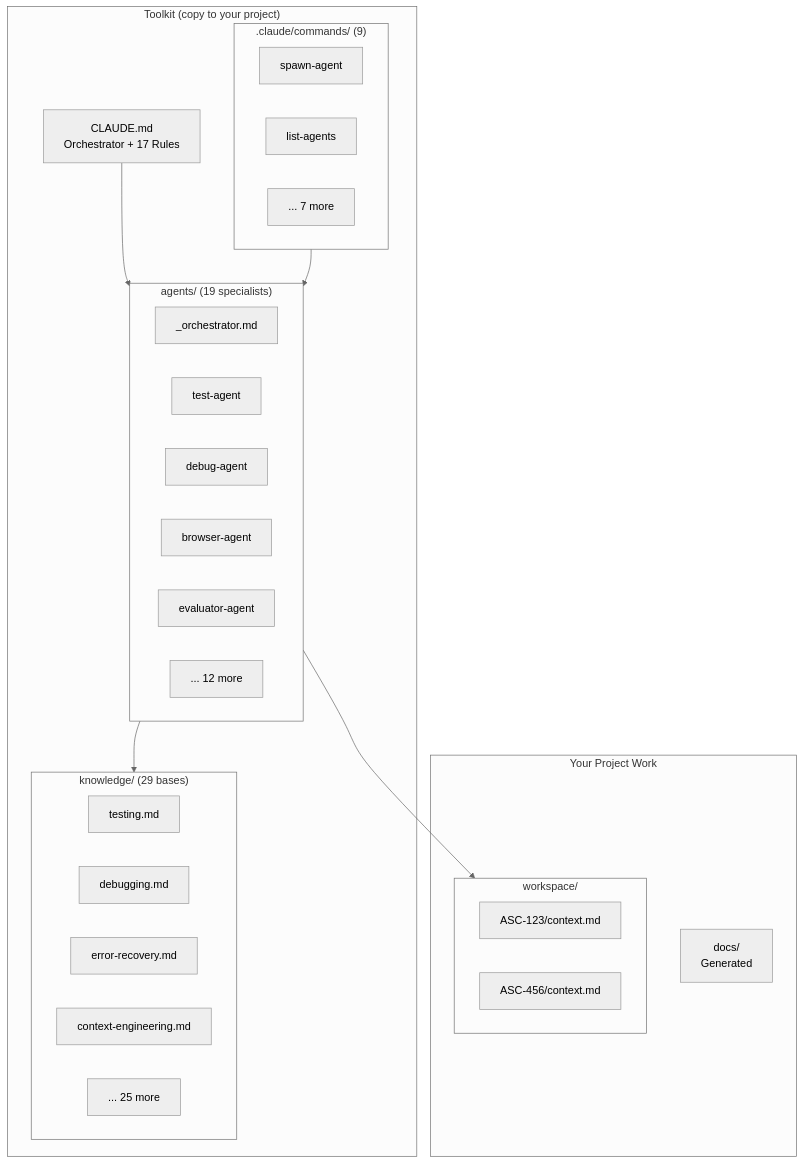
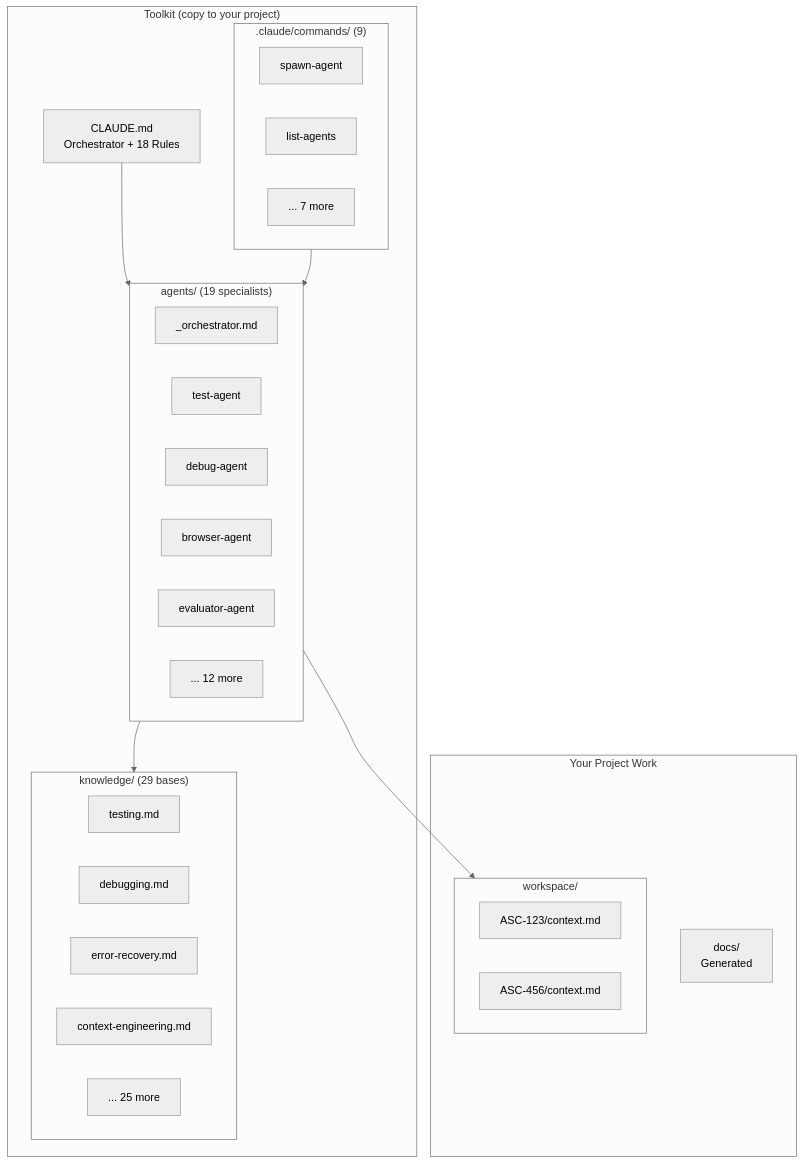
Before and after one commit to MikahNiehaus/ClaudeMemory: the third of 13 diagrams in README.md, drawn with Mermaid (neutral theme). The commit also changed other lines of this file and 3 other files, not shown here.

````diff
--- a/README.md
+++ b/README.md
@@ -106,43 +106,43 @@
 ```mermaid
 flowchart TB
     subgraph Toolkit["Toolkit (copy to your project)"]
-        CLAUDE[CLAUDE.md<br/>Orchestrator + 17 Rules]
+        CLAUDE[CLAUDE.md<br/>Orchestrator + 18 Rules]
 
         subgraph Agents["agents/ (19 specialists)"]
             Orch[_orchestrator.md]
             Test[test-agent]
             Debug[debug-agent]
             Browser[browser-agent]
             Evaluator[evaluator-agent]
             More[... 12 more]
         end
 
         subgraph Knowledge["knowledge/ (29 bases)"]
             Testing[testing.md]
             Debugging[debugging.md]
             ErrorRecovery[error-recovery.md]
             ContextEng[context-engineering.md]
             MoreK[... 25 more]
         end
 
         subgraph Commands[".claude/commands/ (9)"]
             Spawn[spawn-agent]
             ListA[list-agents]
             MoreC[... 7 more]
         end
     end
 
     subgraph Project["Your Project Work"]
         subgraph Workspace["workspace/"]
             Task1[ASC-123/context.md]
             Task2[ASC-456/context.md]
         end
 
         Docs[docs/<br/>Generated]
     end
 
     CLAUDE --> Agents
     Agents --> Knowledge
     Agents --> Workspace
     Commands --> Agents
 ```
````
